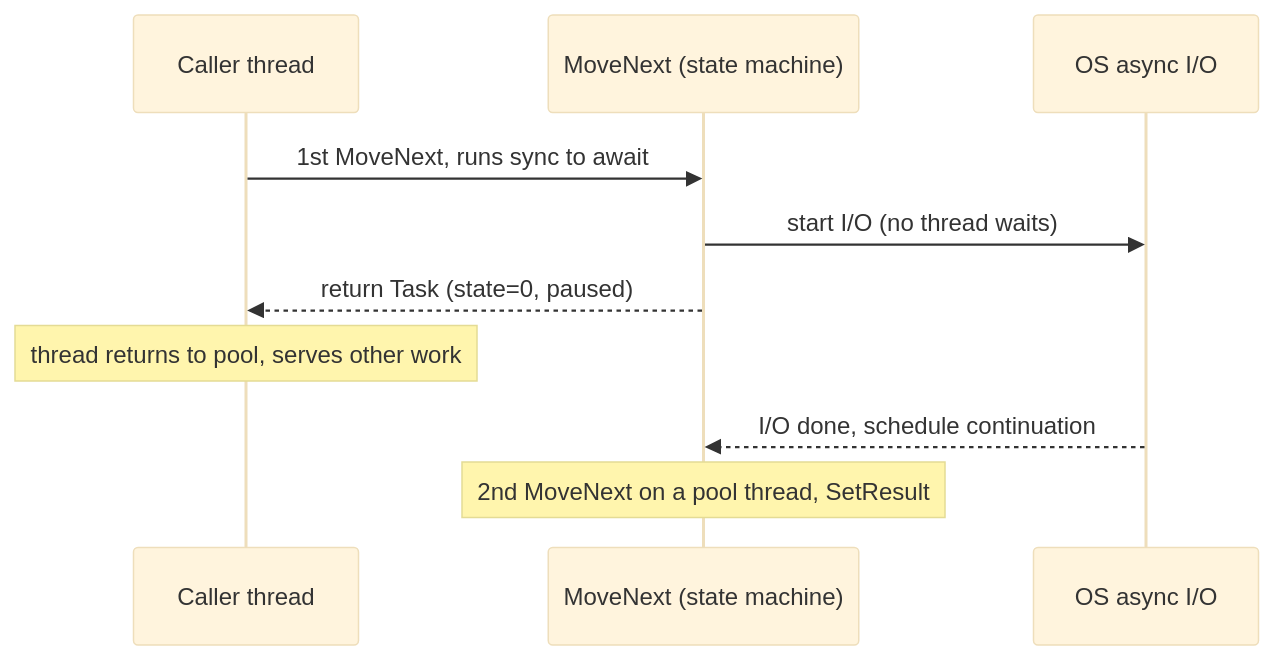
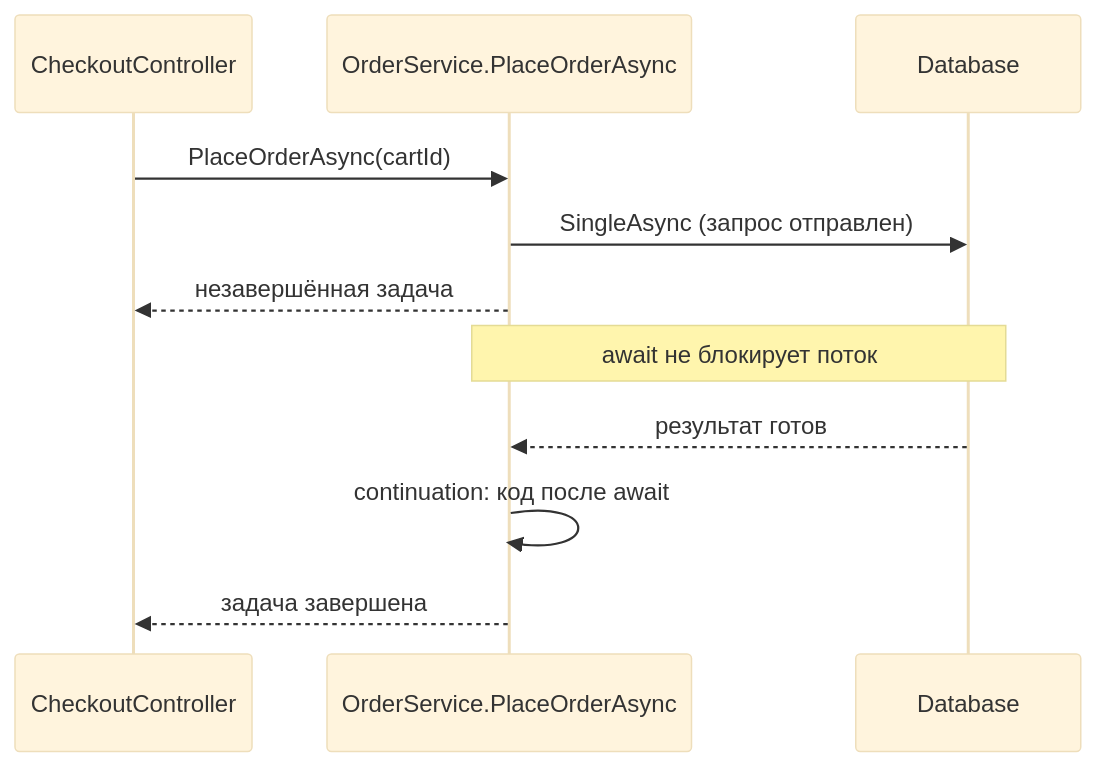
Before and after one commit to M1re/EngineeringVault: the diagram in Vault/Programming/Concurrency/Async and Await.md, drawn with Mermaid (base theme). The commit also changed other lines of this file and 1 other file, not shown here.

````diff
--- a/Vault/Programming/Concurrency/Async and Await.md
+++ b/Vault/Programming/Concurrency/Async and Await.md
@@ -108,12 +200,13 @@
 ```mermaid
 sequenceDiagram
-    participant C as Caller thread
-    participant M as MoveNext (state machine)
-    participant OS as OS async I/O
-    C->>M: 1st MoveNext, runs sync to await
-    M->>OS: start I/O (no thread waits)
-    M-->>C: return Task (state=0, paused)
-    Note over C: thread returns to pool, serves other work
-    OS-->>M: I/O done, schedule continuation
-    Note over M: 2nd MoveNext on a pool thread, SetResult
+    participant C as CheckoutController
+    participant S as OrderService.PlaceOrderAsync
+    participant DB as Database
+    C->>S: PlaceOrderAsync(cartId)
+    S->>DB: SingleAsync (запрос отправлен)
+    S-->>C: незавершённая задача
+    Note over S,DB: await не блокирует поток
+    DB-->>S: результат готов
+    S->>S: continuation: код после await
+    S-->>C: задача завершена
 ```
````
